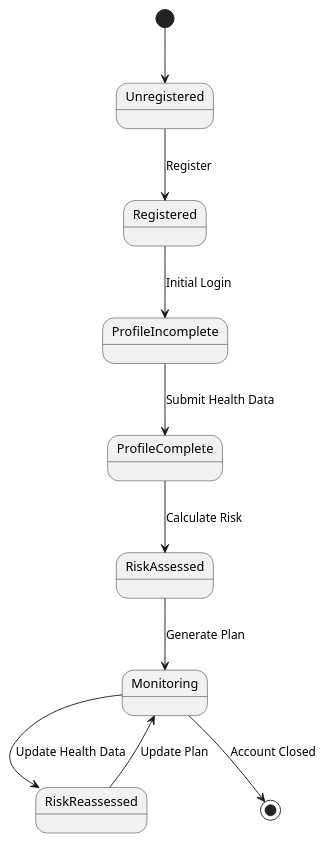
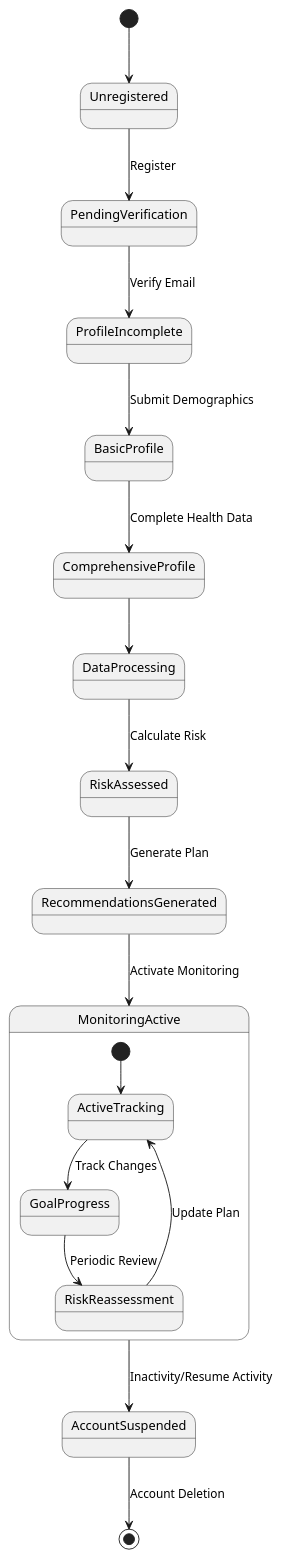
One commit to PatnalaMadhuShalini/glucovigil changed the second of 4 diagrams in docs/diagrams/glucovigil_diagrams.puml. Above: the diagram before and after it, drawn with PlantUML. The commit also changed other lines of this file and 4 other files, not shown here.

First line of the commit message:
Checkpoint before assistant change: Update diagrams to reflect improved GlucoVigil Health Analytics system workflows and user interactions, including updated use case, activity, and state diagrams.

```diff
--- a/docs/diagrams/glucovigil_diagrams.puml
+++ b/docs/diagrams/glucovigil_diagrams.puml
@@ -52,11 +46,20 @@
-@startuml State Chart
+@startuml "State Chart"
 [*] --> Unregistered
-Unregistered --> Registered : Register
-Registered --> ProfileIncomplete : Initial Login
-ProfileIncomplete --> ProfileComplete : Submit Health Data
-ProfileComplete --> RiskAssessed : Calculate Risk
-RiskAssessed --> Monitoring : Generate Plan
-Monitoring --> RiskReassessed : Update Health Data
-RiskReassessed --> Monitoring : Update Plan
-Monitoring --> [*] : Account Closed
+Unregistered --> PendingVerification : Register
+PendingVerification --> ProfileIncomplete : Verify Email
+ProfileIncomplete --> BasicProfile : Submit Demographics
+BasicProfile --> ComprehensiveProfile : Complete Health Data
+ComprehensiveProfile --> DataProcessing
+DataProcessing --> RiskAssessed : Calculate Risk
+RiskAssessed --> RecommendationsGenerated : Generate Plan
+RecommendationsGenerated --> MonitoringActive : Activate Monitoring
+state MonitoringActive {
+  [*] --> ActiveTracking
+  ActiveTracking --> GoalProgress : Track Changes
+  GoalProgress --> RiskReassessment : Periodic Review
+  RiskReassessment --> ActiveTracking : Update Plan
+}
+MonitoringActive --> AccountSuspended : Inactivity/Resume Activity
+AccountSuspended --> [*] : Account Deletion
+
 @enduml
```
